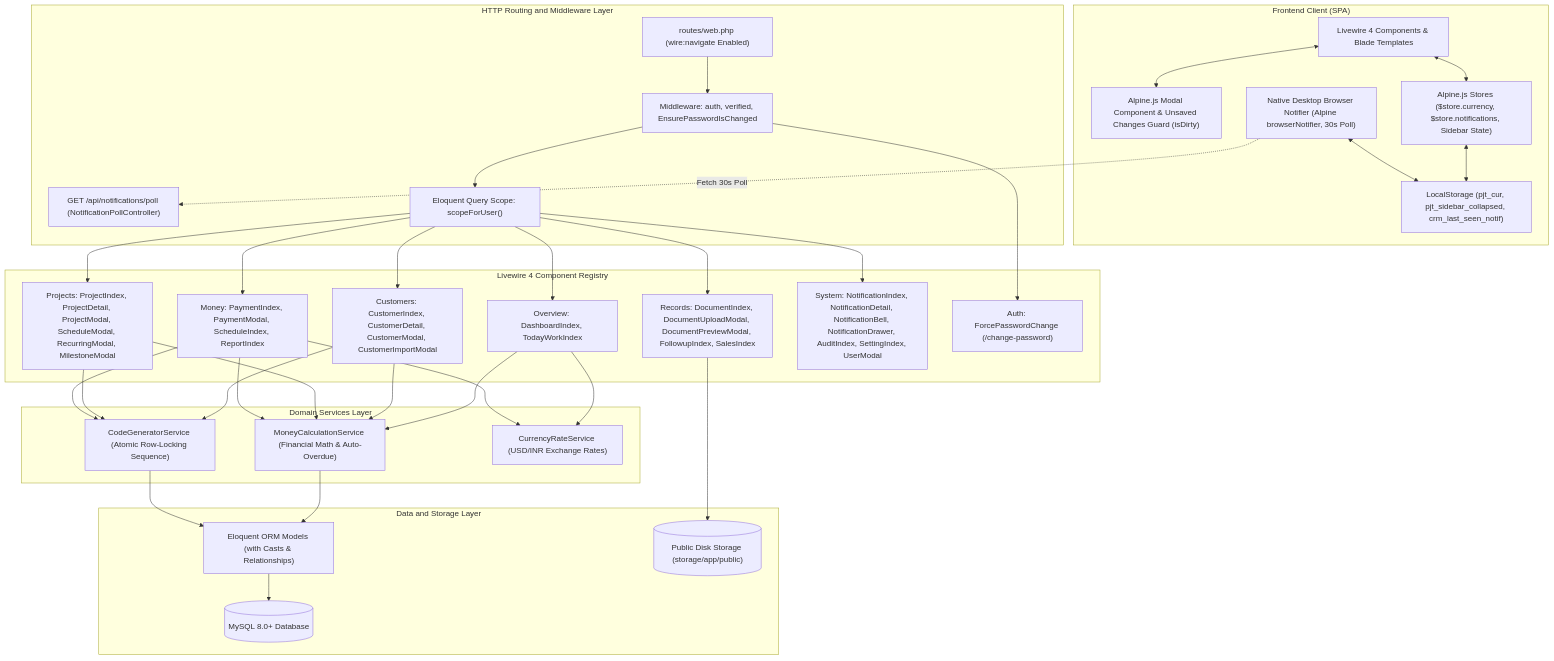
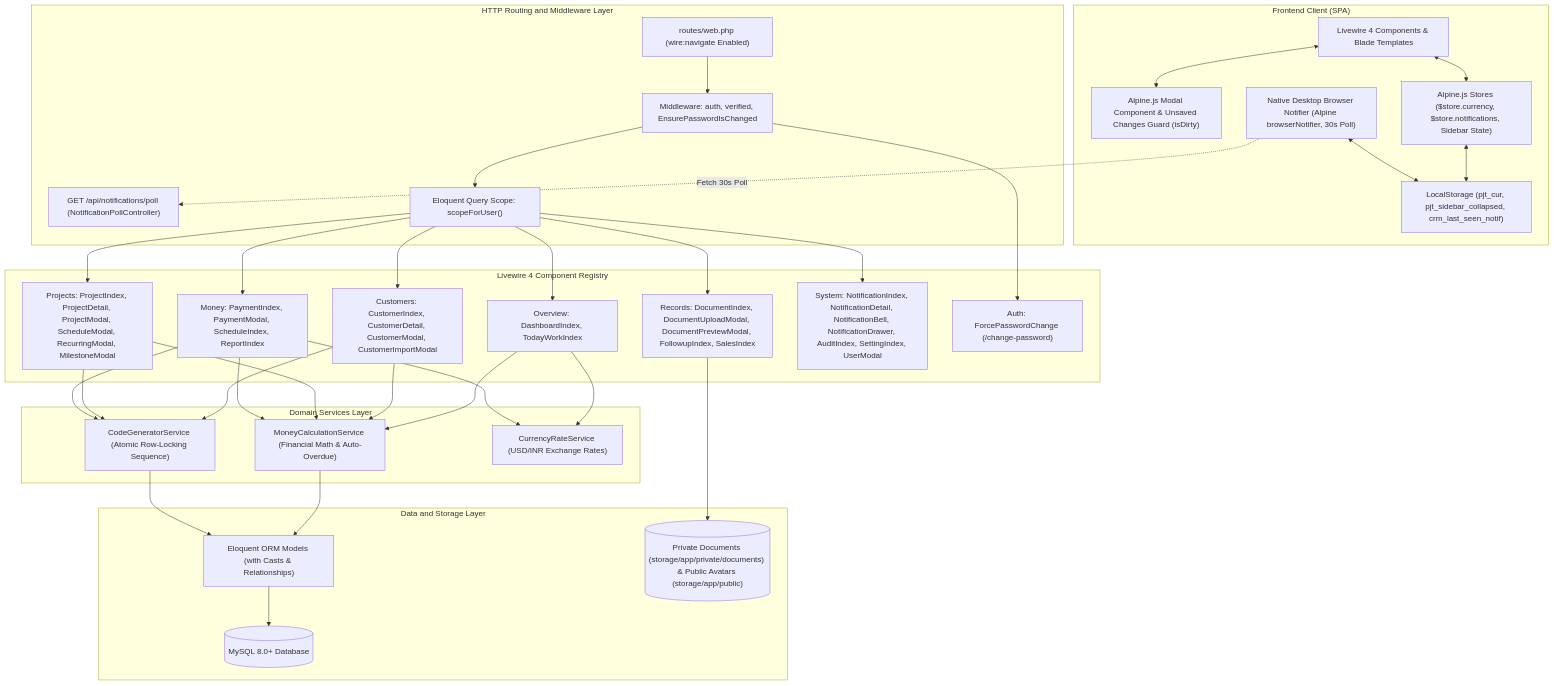
Before and after one commit to Jayant-10x/project-manager: the diagram in README.md, drawn with Mermaid. The commit also changed other lines of this file and 36 other files, not shown here.

````diff
--- a/README.md
+++ b/README.md
@@ -180,53 +181,53 @@
 ```mermaid
 graph TD
     subgraph ClientLayer ["Frontend Client (SPA)"]
         UI["Livewire 4 Components & Blade Templates"]
         ModalGuard["Alpine.js Modal Component & Unsaved Changes Guard (isDirty)"]
         AlpineStore["Alpine.js Stores ($store.currency, $store.notifications, Sidebar State)"]
         DesktopNotif["Native Desktop Browser Notifier (Alpine browserNotifier, 30s Poll)"]
         LocalStorage["LocalStorage (pjt_cur, pjt_sidebar_collapsed, crm_last_seen_notif)"]
         UI <--> ModalGuard
         UI <--> AlpineStore
         AlpineStore <--> LocalStorage
         DesktopNotif <--> LocalStorage
     end
 
     subgraph RoutingLayer ["HTTP Routing and Middleware Layer"]
         Routes["routes/web.php (wire:navigate Enabled)"]
         AuthMiddleware["Middleware: auth, verified, EnsurePasswordIsChanged"]
         PollRoute["GET /api/notifications/poll (NotificationPollController)"]
         RoleScope["Eloquent Query Scope: scopeForUser()"]
         Routes --> AuthMiddleware --> RoleScope
         DesktopNotif -.->|Fetch 30s Poll| PollRoute
     end
 
     subgraph ComponentRegistry ["Livewire 4 Component Registry"]
         RoleScope --> M1["Overview: DashboardIndex, TodayWorkIndex"]
         RoleScope --> M2["Customers: CustomerIndex, CustomerDetail, CustomerModal, CustomerImportModal"]
         RoleScope --> M3["Projects: ProjectIndex, ProjectDetail, ProjectModal, ScheduleModal, RecurringModal, MilestoneModal"]
         RoleScope --> M4["Money: PaymentIndex, PaymentModal, ScheduleIndex, ReportIndex"]
         RoleScope --> M5["Records: DocumentIndex, DocumentUploadModal, DocumentPreviewModal, FollowupIndex, SalesIndex"]
         RoleScope --> M6["System: NotificationIndex, NotificationDetail, NotificationBell, NotificationDrawer, AuditIndex, SettingIndex, UserModal"]
         AuthMiddleware --> M7["Auth: ForcePasswordChange (/change-password)"]
     end
 
     subgraph DomainServices ["Domain Services Layer"]
         MoneyService["MoneyCalculationService (Financial Math & Auto-Overdue)"]
         CodeService["CodeGeneratorService (Atomic Row-Locking Sequence)"]
         CurrencyService["CurrencyRateService (USD/INR Exchange Rates)"]
         
         M1 & M2 & M3 & M4 --> MoneyService
         M2 & M3 & M4 --> CodeService
         M1 & M4 --> CurrencyService
     end
 
     subgraph StorageLayer ["Data and Storage Layer"]
         Eloquent["Eloquent ORM Models (with Casts & Relationships)"]
         MySQL[("MySQL 8.0+ Database")]
-        DiskStorage[("Public Disk Storage (storage/app/public)")]
+        DiskStorage[("Private Documents (storage/app/private/documents) & Public Avatars (storage/app/public)")]
 
         MoneyService & CodeService --> Eloquent
         Eloquent --> MySQL
         M5 --> DiskStorage
     end
 ```
````
